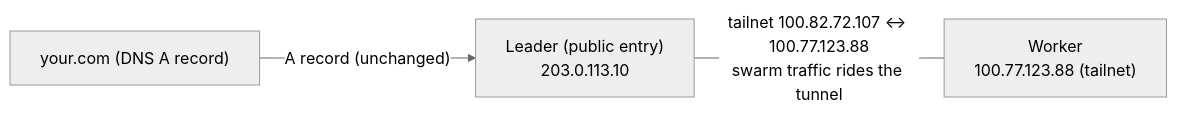
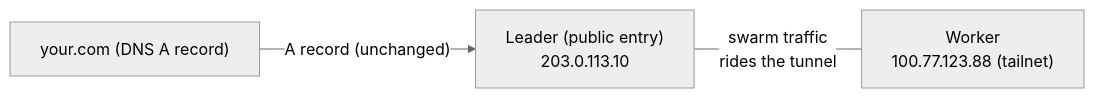
One commit to hazemarian/poor-man-cluster changed the fifth of 7 diagrams in docs/network-topology.md. Above: the diagram before and after it, drawn with Mermaid (neutral theme). The commit also changed other lines of this file and 3 other files, not shown here.

First line of the commit message:
docs: every diagram legible at GitHub's column width

````diff
--- a/docs/network-topology.md
+++ b/docs/network-topology.md
@@ -151,8 +151,8 @@
 ```mermaid
 flowchart LR
     D["your.com (DNS A record)"]
     N["Leader (public entry)<br/>203.0.113.10"]
     W["Worker<br/>100.77.123.88 (tailnet)"]
     D -- "A record (unchanged)" --> N
-    N ---|"tailnet 100.82.72.107 ↔ 100.77.123.88<br/>swarm traffic rides the tunnel"| W
+    N ---|"swarm traffic<br/>rides the tunnel"| W
 ```
````
